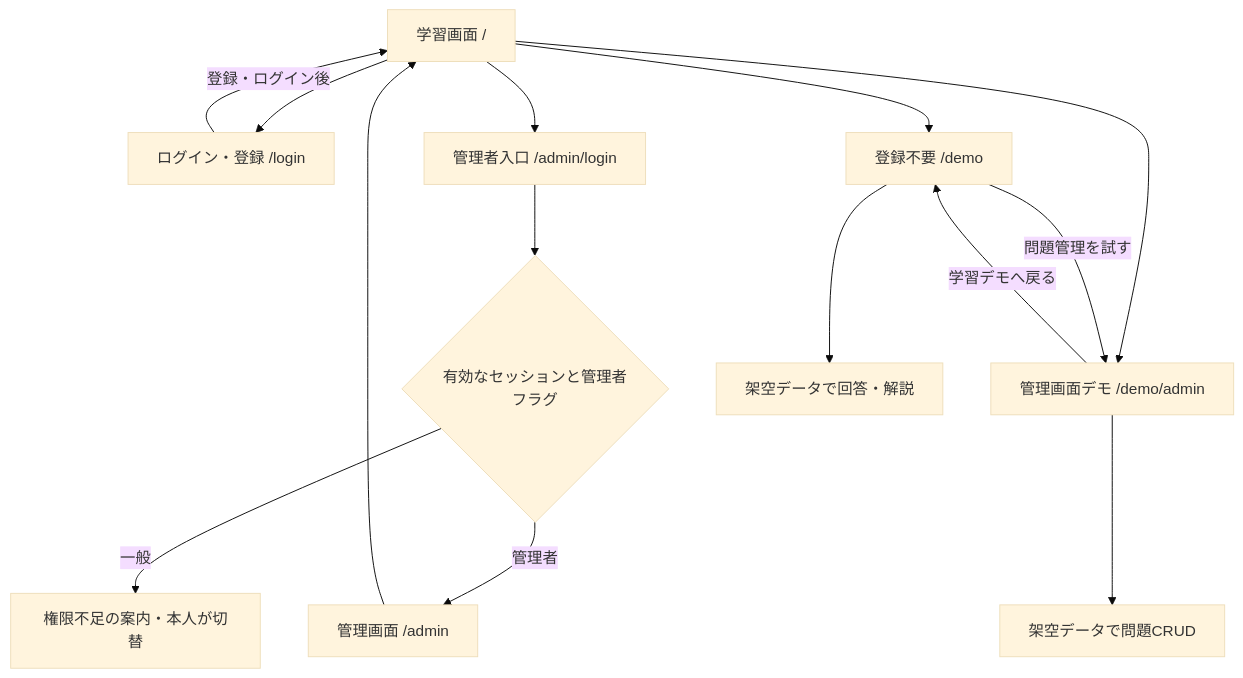
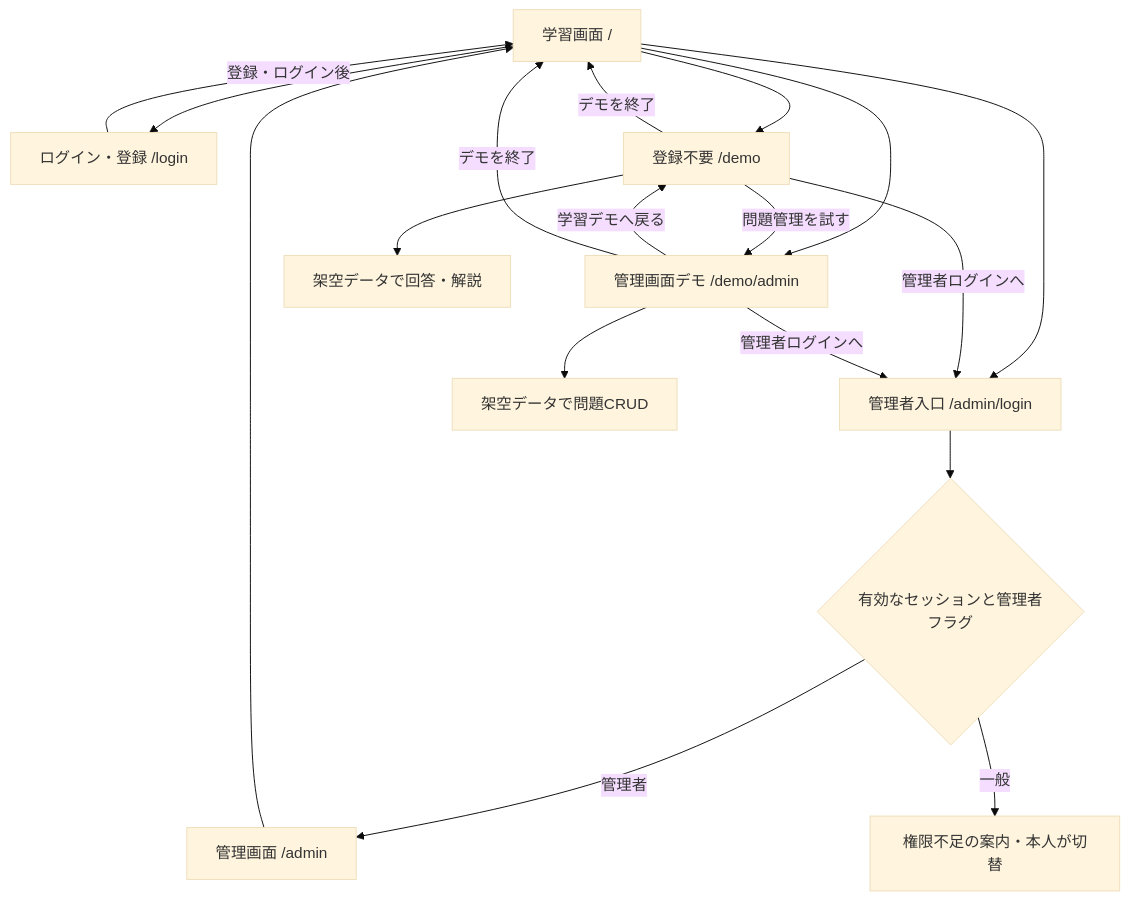
The diagram in docs/workflow.md (bonbabo108/codestep-portfolio), drawn with Mermaid (base theme) before and after one commit. The commit also changed other lines of this file, not shown here.

Commit message:
docs: align CI result and navigation with deployed CodeStep

````diff
--- a/docs/workflow.md
+++ b/docs/workflow.md
@@ -5,16 +5,20 @@
 ```mermaid
 flowchart TD
   H[学習画面 /] --> L[ログイン・登録 /login]
   L -->|登録・ログイン後| H
   H --> A[管理者入口 /admin/login]
   A --> C{有効なセッションと管理者フラグ}
   C -->|管理者| Q[管理画面 /admin]
   C -->|一般| N[権限不足の案内・本人が切替]
   Q --> H
   H --> D[登録不要 /demo]
   H --> AD[管理画面デモ /demo/admin]
   D -->|問題管理を試す| AD
   AD -->|学習デモへ戻る| D
+  D -->|デモを終了| H
+  AD -->|デモを終了| H
+  D -->|管理者ログインへ| A
+  AD -->|管理者ログインへ| A
   D --> S[架空データで回答・解説]
   AD --> M[架空データで問題CRUD]
 ```
````
